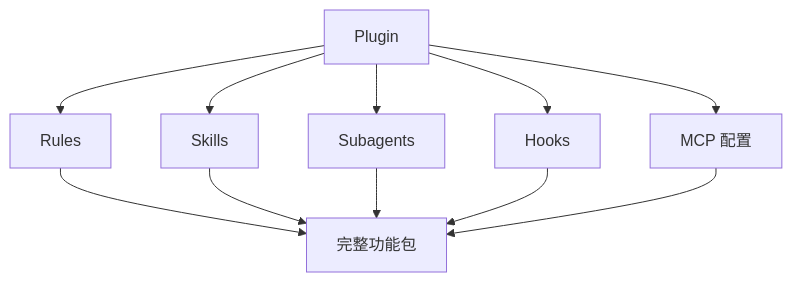
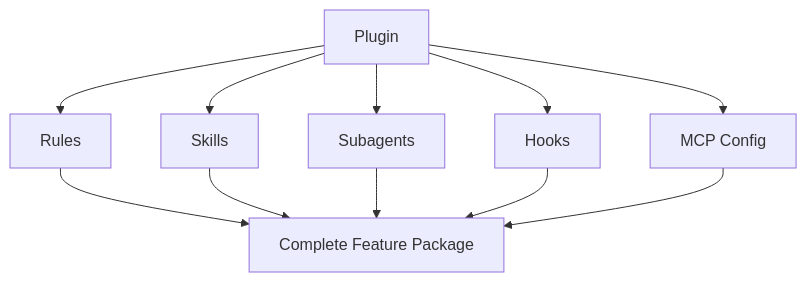
Before and after one commit to DDR187/cursor-howto: the first of 2 diagrams in 12-plugins/README.md, drawn with Mermaid. The commit also changed other lines of this file and 22 other files, not shown here.

````diff
--- a/12-plugins/README.md
+++ b/12-plugins/README.md
@@ -31,14 +31,14 @@
 ```mermaid
 flowchart TB
     A[Plugin] --> B[Rules]
     A --> C[Skills]
     A --> D[Subagents]
     A --> E[Hooks]
-    A --> F[MCP 配置]
+    A --> F[MCP Config]
     
-    B --> G[完整功能包]
+    B --> G[Complete Feature Package]
     C --> G
     D --> G
     E --> G
     F --> G
 ```
````
